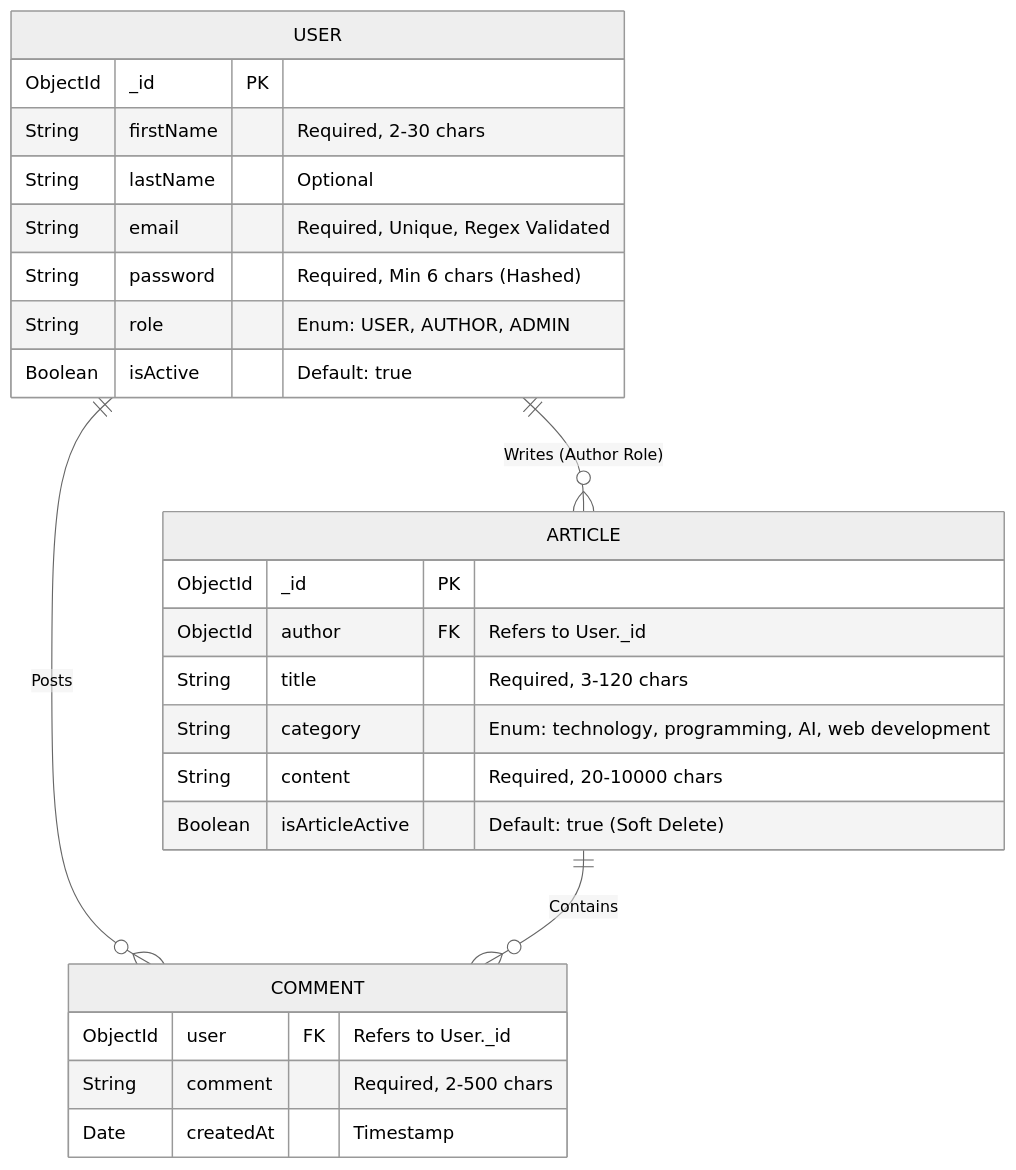
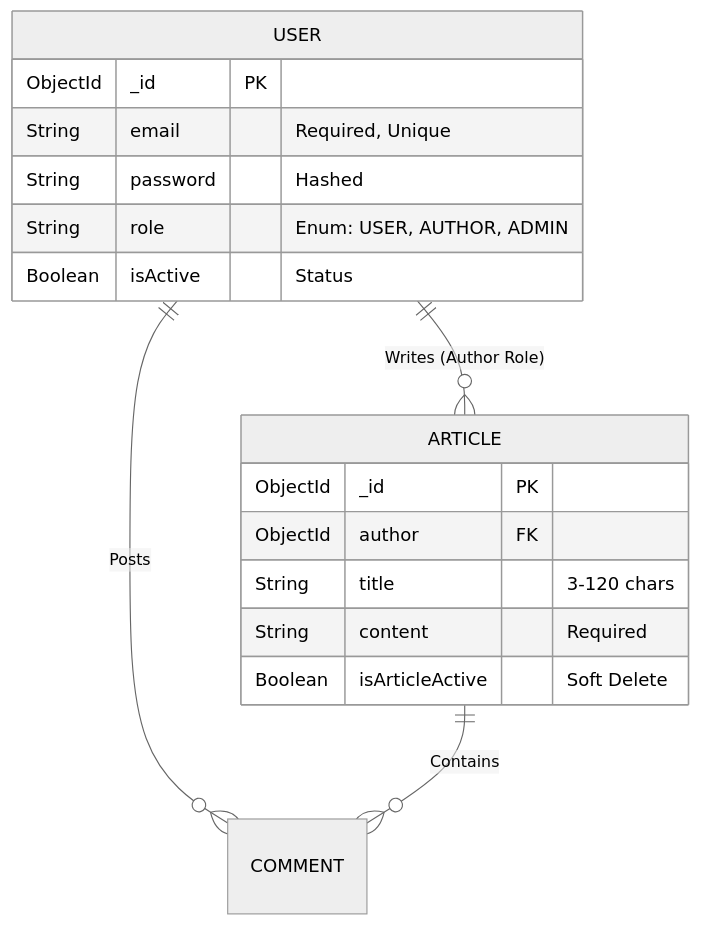
Before and after one commit to Akhila-1703/blog-app: the diagram in backend/README.md, drawn with Mermaid (neutral theme). The commit also changed other lines of this file and 2 other files, not shown here.

Commit message:
docs: deduplicate diagrams and add folder-specific installation steps

````diff
--- a/backend/README.md
+++ b/backend/README.md
@@ -61,31 +87,22 @@
 ```mermaid
 erDiagram
     USER ||--o{ ARTICLE : "Writes (Author Role)"
     USER ||--o{ COMMENT : "Posts"
     ARTICLE ||--o{ COMMENT : "Contains"
 
     USER {
         ObjectId _id PK
-        String firstName "Required, 2-30 chars"
-        String lastName "Optional"
-        String email "Required, Unique, Regex Validated"
-        String password "Required, Min 6 chars (Hashed)"
+        String email "Required, Unique"
+        String password "Hashed"
         String role "Enum: USER, AUTHOR, ADMIN"
-        Boolean isActive "Default: true"
+        Boolean isActive "Status"
     }
 
     ARTICLE {
         ObjectId _id PK
-        ObjectId author FK "Refers to User._id"
-        String title "Required, 3-120 chars"
-        String category "Enum: technology, programming, AI, web development"
-        String content "Required, 20-10000 chars"
-        Boolean isArticleActive "Default: true (Soft Delete)"
-    }
-
-    COMMENT {
-        ObjectId user FK "Refers to User._id"
-        String comment "Required, 2-500 chars"
-        Date createdAt "Timestamp"
+        ObjectId author FK
+        String title "3-120 chars"
+        String content "Required"
+        Boolean isArticleActive "Soft Delete"
     }
 ```
````
